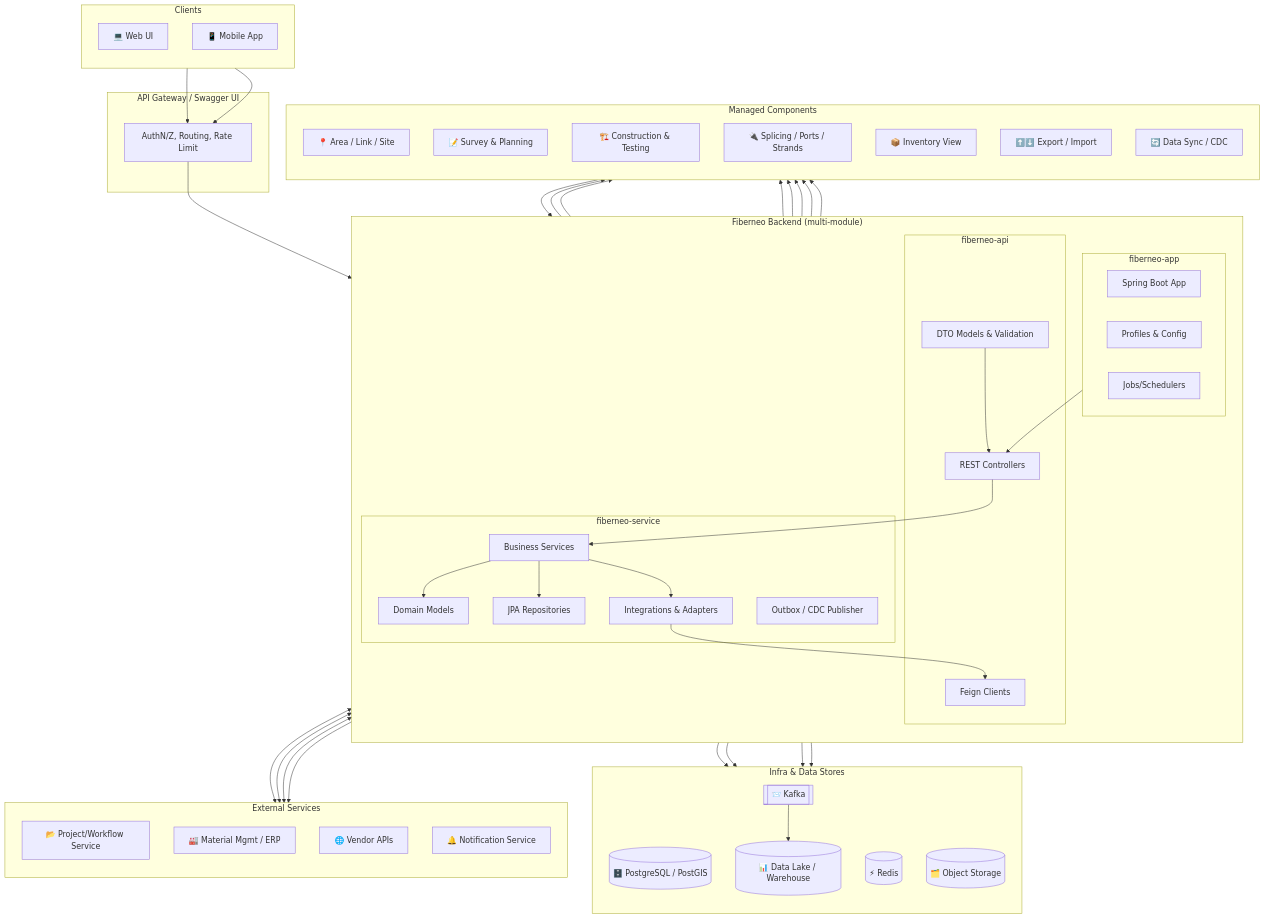
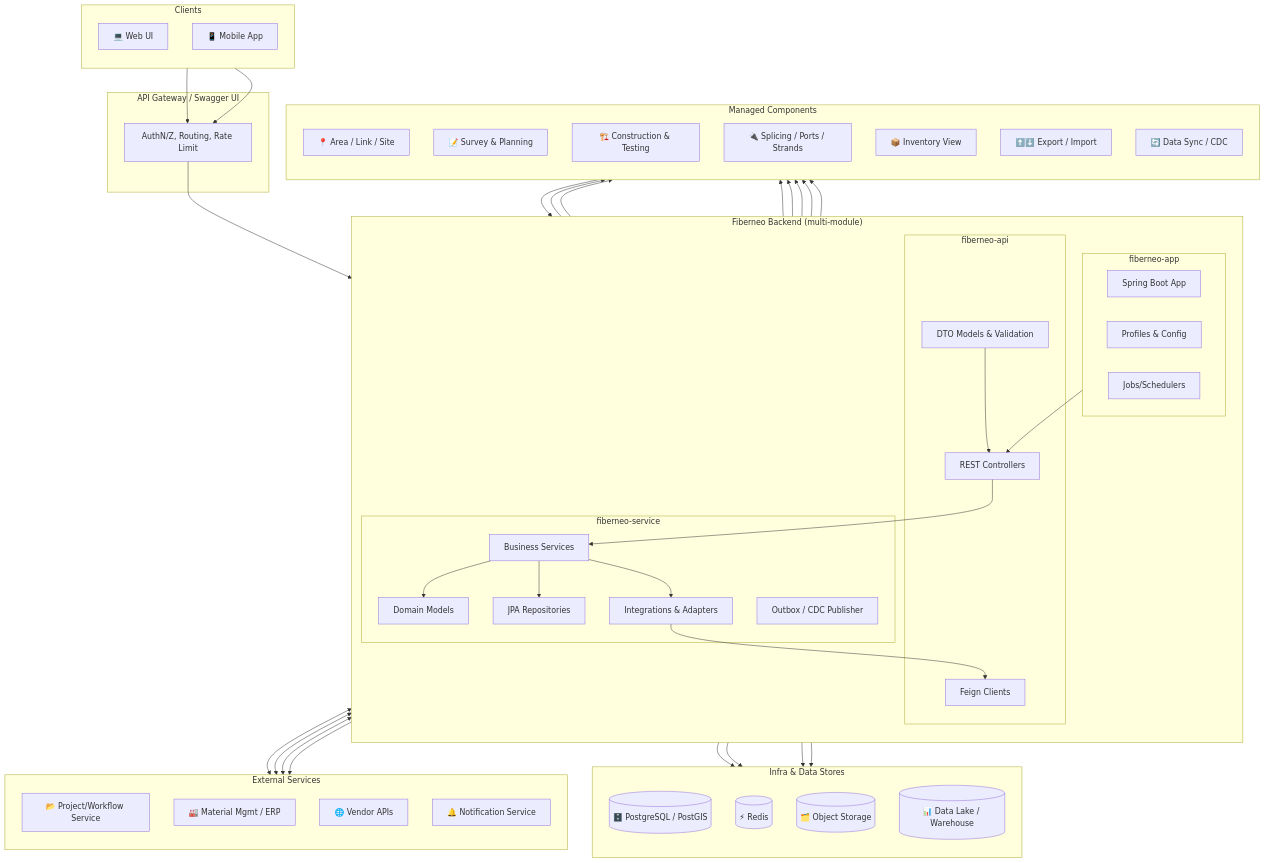
The second of 13 diagrams in Fiberneo-Document/LLD/LLD.md (BhavikVisionGit/Fiberneo-Documents), drawn with Mermaid before and after one commit. The commit also changed other lines of this file and 1 other file, not shown here.

```diff
--- a/Fiberneo-Document/LLD/LLD.md
+++ b/Fiberneo-Document/LLD/LLD.md
@@ -200,15 +199,13 @@
     direction TB
     DB[("🗄️ PostgreSQL / PostGIS")]
     Cache[("⚡ Redis")]
-    MQ[["📨 Kafka"]]
     Obj[("🗂️ Object Storage")]
     DWH[("📊 Data Lake / Warehouse")]
   end
   Repo --> DB
   BL --> Cache
   BL --> Obj
-  Outbox --> MQ
-  MQ --> DWH
+  Outbox --> DWH
 
   %% External Systems (VERTICAL)
   subgraph External["External Services"]
```
